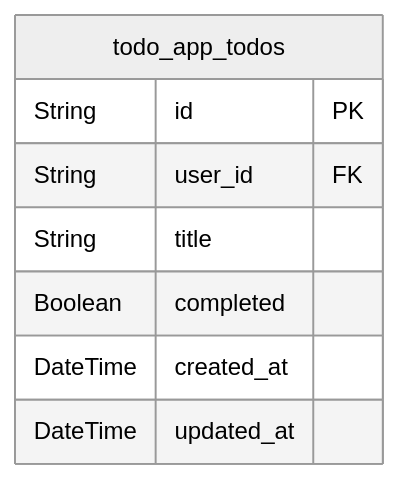
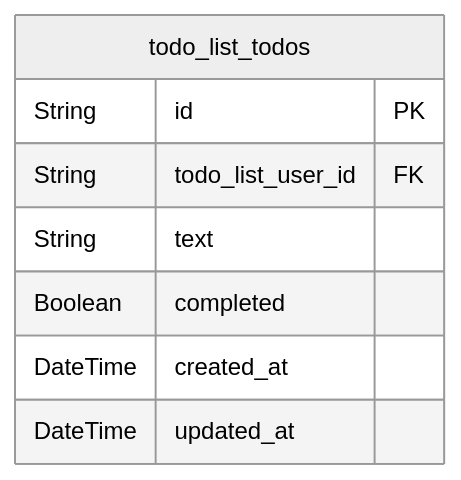
The second of 2 diagrams in qwen/qwen3-next-80b-a3b-instruct/todo/docs/ERD.md (wrtnlabs/autobe-examples), drawn with Mermaid (neutral theme) before and after one commit. The commit also changed other lines of this file and 22498 other files, not shown here.

````diff
--- a/qwen/qwen3-next-80b-a3b-instruct/todo/docs/ERD.md
+++ b/qwen/qwen3-next-80b-a3b-instruct/todo/docs/ERD.md
@@ -238,11 +47,11 @@
 ```mermaid
 erDiagram
-"todo_app_todos" {
+"todo_list_todos" {
   String id PK
-  String user_id FK
-  String title
+  String todo_list_user_id FK
+  String text
   Boolean completed
   DateTime created_at
   DateTime updated_at
 }
 ```
````
